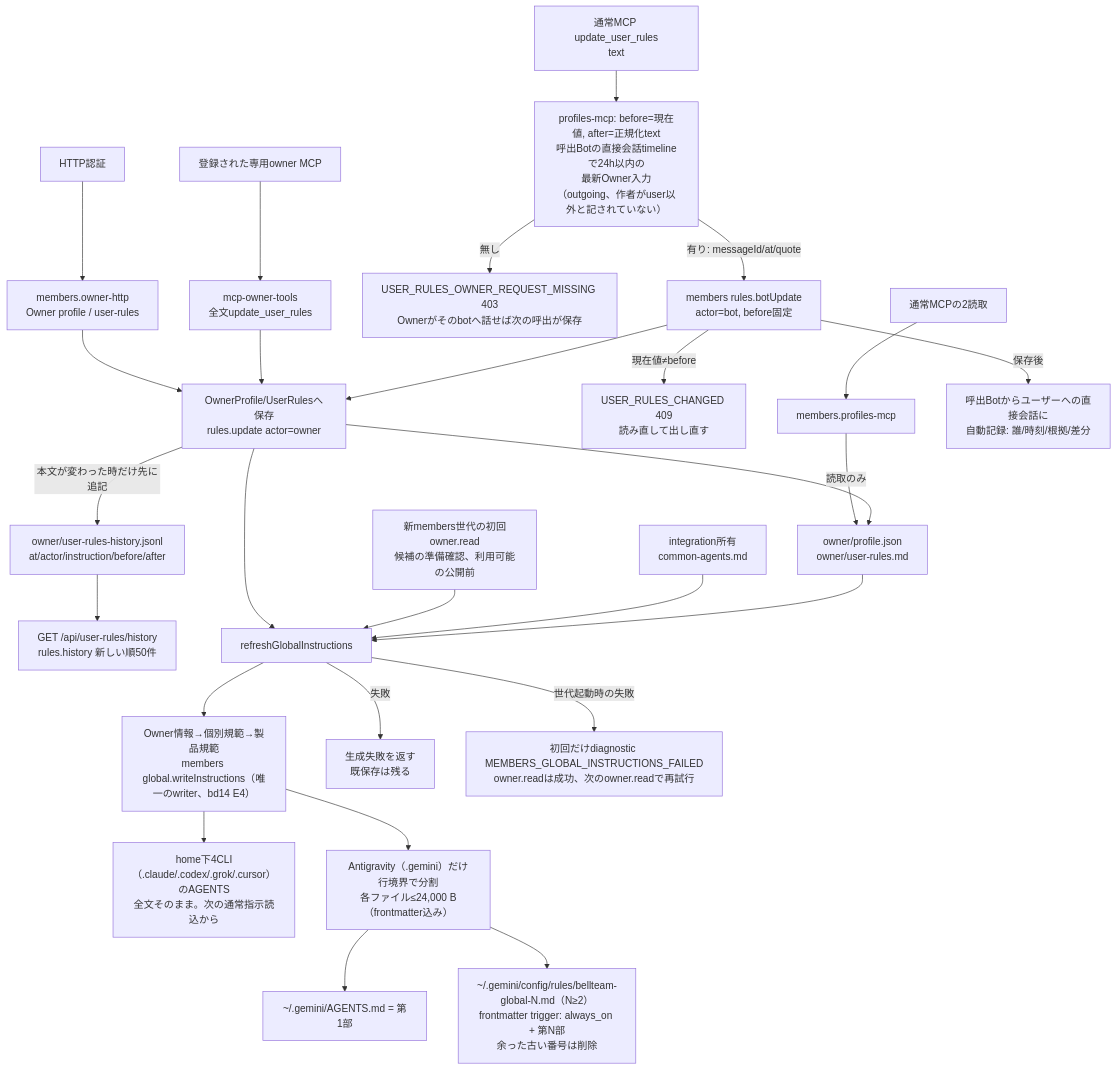
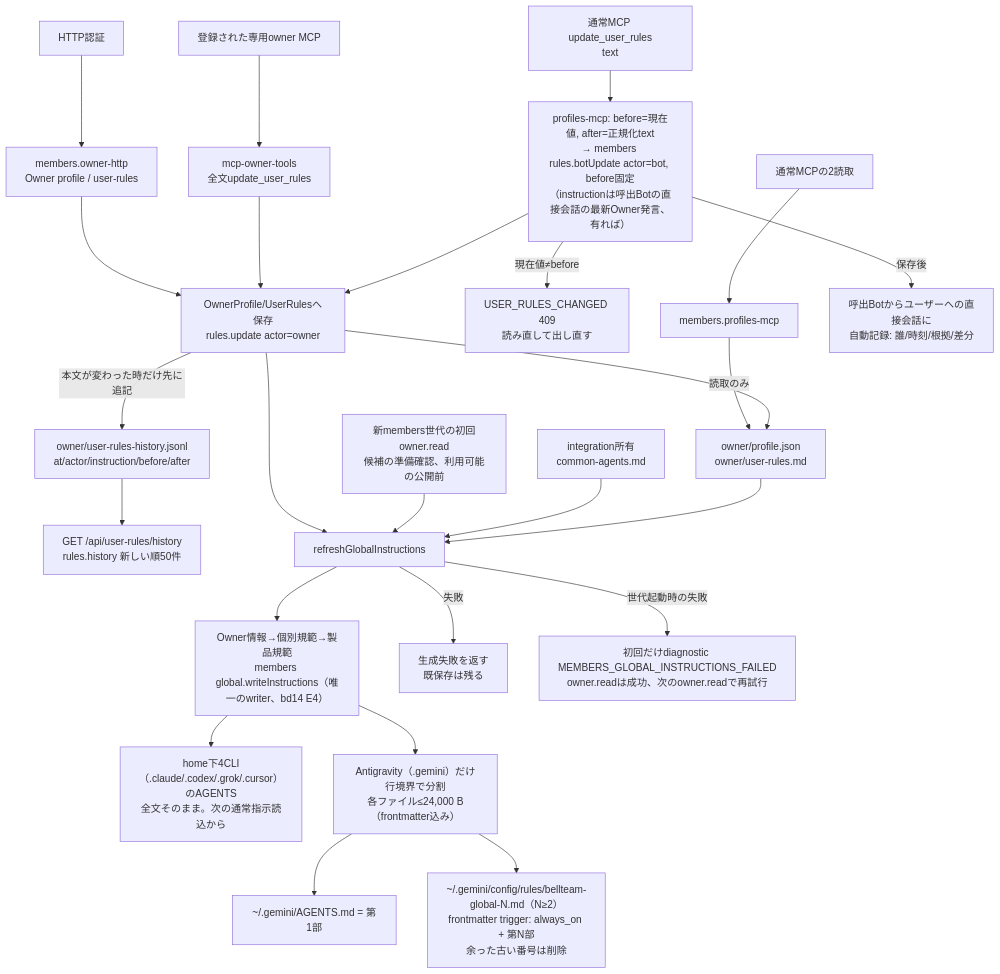
Before and after one commit to kitepon/BellTeam: the first of 3 diagrams in docs/architecture/modules/members/instructions.md, drawn with Mermaid. The commit also changed other lines of this file and 9 other files, not shown here.

First line of the commit message:
members: update_user_rules saves at once, no approval step at all (a150)

````diff
--- a/docs/architecture/modules/members/instructions.md
+++ b/docs/architecture/modules/members/instructions.md
@@ -5,29 +5,27 @@
 ```mermaid
 flowchart TD
   Http["HTTP認証"] --> Owner["members.owner-http<br/>Owner profile / user-rules"]
   Read["通常MCPの2読取"] --> Member["members.profiles-mcp"]
-  BotWrite["通常MCP update_user_rules<br/>text"] --> Proof["profiles-mcp: before=現在値, after=正規化text<br/>呼出Botの直接会話timelineで24h以内の<br/>最新Owner入力（outgoing、作者がuser以外と記されていない）"]
-  Proof -->|"無し"| Missing["USER_RULES_OWNER_REQUEST_MISSING 403<br/>Ownerがそのbotへ話せば次の呼出が保存"]
-  Proof -->|"有り: messageId/at/quote"| BotSave["members rules.botUpdate<br/>actor=bot, before固定"]
+  BotWrite["通常MCP update_user_rules<br/>text"] --> BotSave["profiles-mcp: before=現在値, after=正規化text<br/>→ members rules.botUpdate actor=bot, before固定<br/>（instructionは呼出Botの直接会話の最新Owner発言、有れば）"]
   BotSave -->|"現在値≠before"| Changed["USER_RULES_CHANGED 409<br/>読み直して出し直す"]
   Dedicated["登録された専用owner MCP"] --> Rules["mcp-owner-tools<br/>全文update_user_rules"]
   Owner --> Save["OwnerProfile/UserRulesへ保存<br/>rules.update actor=owner"]
   Rules --> Save
   BotSave --> Save
   Member -->|"読取のみ"| Data["owner/profile.json<br/>owner/user-rules.md"]
   Save -->|"本文が変わった時だけ先に追記"| History["owner/user-rules-history.jsonl<br/>at/actor/instruction/before/after"]
   Save --> Data
   History --> HistoryApi["GET /api/user-rules/history<br/>rules.history 新しい順50件"]
   BotSave -->|"保存後"| Notice["呼出Botからユーザーへの直接会話に<br/>自動記録: 誰/時刻/根拠/差分"]
   Save --> Refresh["refreshGlobalInstructions"]
   Generation["新members世代の初回owner.read<br/>候補の準備確認、利用可能の公開前"] --> Refresh
   Common["integration所有<br/>common-agents.md"] --> Refresh
   Data --> Refresh
   Refresh --> Write["Owner情報→個別規範→製品規範<br/>members global.writeInstructions（唯一のwriter、bd14 E4）"]
   Write --> Globals["home下4CLI（.claude/.codex/.grok/.cursor）のAGENTS<br/>全文そのまま。次の通常指示読込から"]
   Write --> Split["Antigravity（.gemini）だけ行境界で分割<br/>各ファイル≤24,000 B（frontmatter込み）"]
   Split --> GeminiMain["~/.gemini/AGENTS.md = 第1部"]
   Split --> GeminiRules["~/.gemini/config/rules/bellteam-global-N.md（N≥2）<br/>frontmatter trigger: always_on + 第N部<br/>余った古い番号は削除"]
   Refresh -->|"失敗"| Failure["生成失敗を返す<br/>既保存は残る"]
   Refresh -->|"世代起動時の失敗"| Diagnostic["初回だけdiagnostic MEMBERS_GLOBAL_INSTRUCTIONS_FAILED<br/>owner.readは成功、次のowner.readで再試行"]
 ```
````
